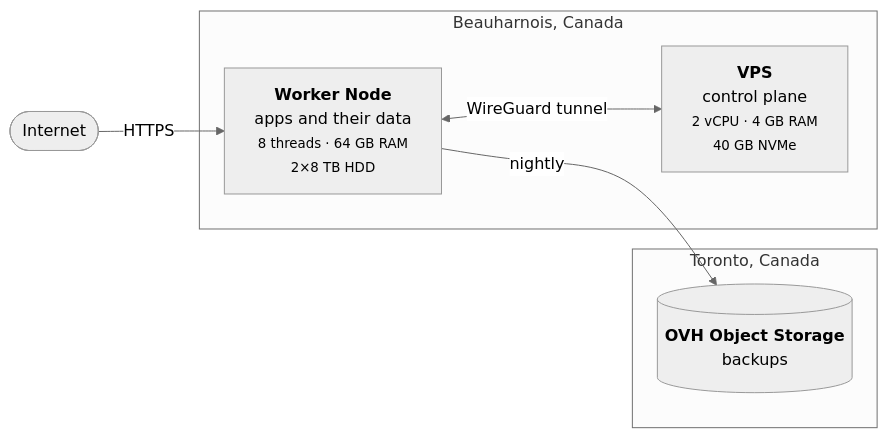
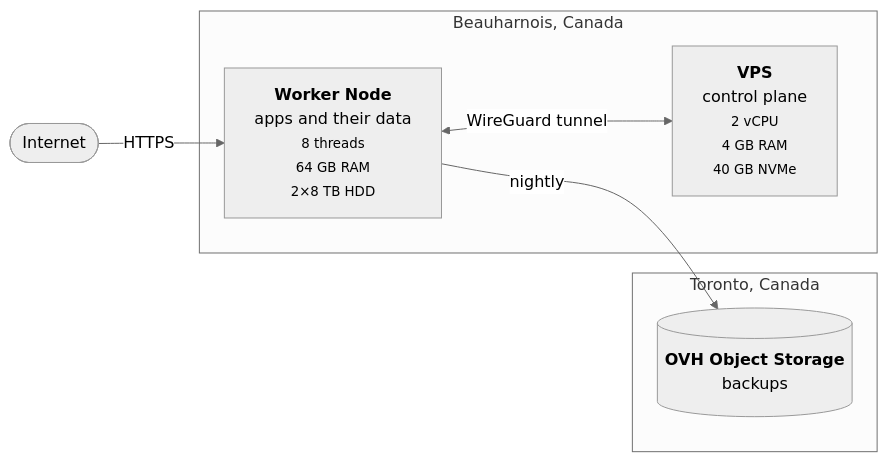
One commit to Androz2091/k8s-infrastructure changed the diagram in README.md. Above: the diagram before and after it, drawn with Mermaid (neutral theme).

````diff
--- a/README.md
+++ b/README.md
@@ -7,17 +7,17 @@
 ```mermaid
 flowchart LR
     Internet(["Internet"])
 
     subgraph BHS["Beauharnois, Canada"]
-        DED["<b>Worker Node</b><br/>apps and their data<br/><small>8 threads · 64 GB RAM<br/>2×8 TB HDD</small><br/>"]
-        VPS["<b>VPS</b><br/>control plane<br/><small>2 vCPU · 4 GB RAM<br/>40 GB NVMe</small><br/>"]
+        DED["<b>Worker Node</b><br/>apps and their data<br/><small>8 threads<br/>64 GB RAM<br/>2×8 TB HDD</small><br/>"]
+        VPS["<b>VPS</b><br/>control plane<br/><small>2 vCPU<br/>4 GB RAM<br/>40 GB NVMe</small><br/>"]
     end
 
     subgraph TOR["Toronto, Canada"]
         S3[("<b>OVH Object Storage</b><br/>backups<br/>")]
     end
 
     Internet -->|HTTPS| DED
     DED <-->|WireGuard tunnel| VPS
     DED -->|nightly| S3
 ```
````
